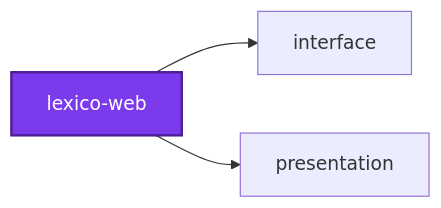
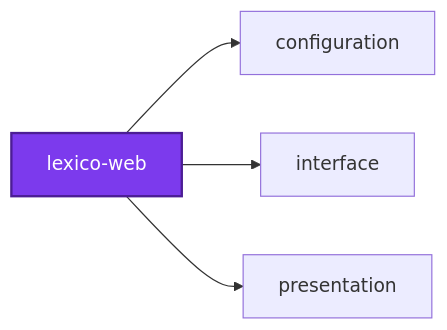
One commit to organizzolini/codebase changed the first of 2 diagrams in projects/lexico/lexico-web/README.md. Above: the diagram before and after it, drawn with Mermaid. The commit also changed 183 other files, not shown here.

````diff
--- a/projects/lexico/lexico-web/README.md
+++ b/projects/lexico/lexico-web/README.md
@@ -382,10 +382,12 @@
 ```mermaid
 graph LR
+  configuration["configuration"]
   interface["interface"]
   lexico_web["lexico-web"]
   presentation["presentation"]
+  lexico_web --> configuration
   lexico_web --> interface
   lexico_web --> presentation
   classDef subject fill:#7c3aed,color:#fff,stroke:#4c1d95,stroke-width:2px
   class lexico_web subject
 ```
````
